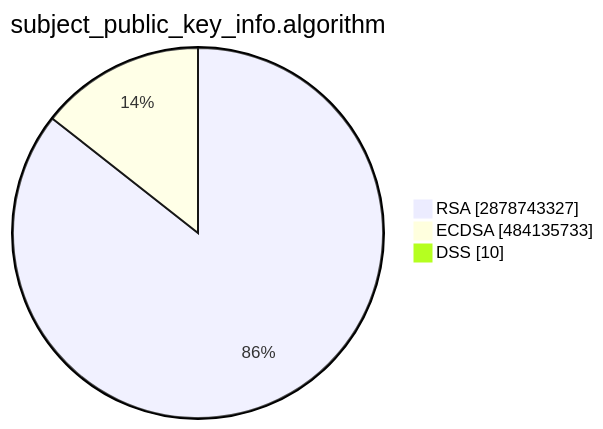
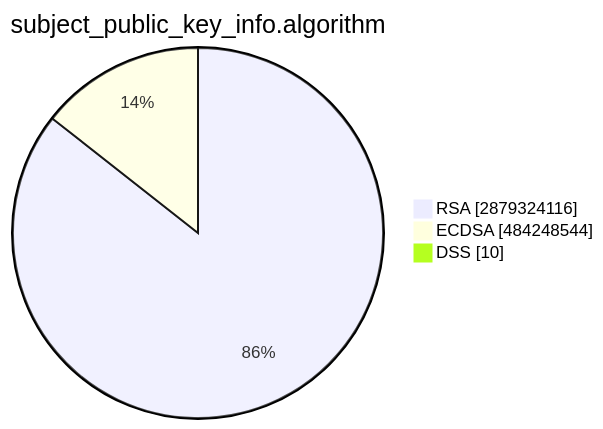
The second of 15 diagrams in TOTAL/README.md (christiankrug/ctmonitor_visualization), drawn with Mermaid before and after one commit. The commit also changed other lines of this file, not shown here.

````diff
--- a/TOTAL/README.md
+++ b/TOTAL/README.md
@@ -6,7 +6,7 @@
 ```mermaid
 pie showData
 title subject_public_key_info.algorithm
-"RSA" :2878743327
-"ECDSA" :484135733
+"RSA" :2879324116
+"ECDSA" :484248544
 "DSS" :10
 ```
````
